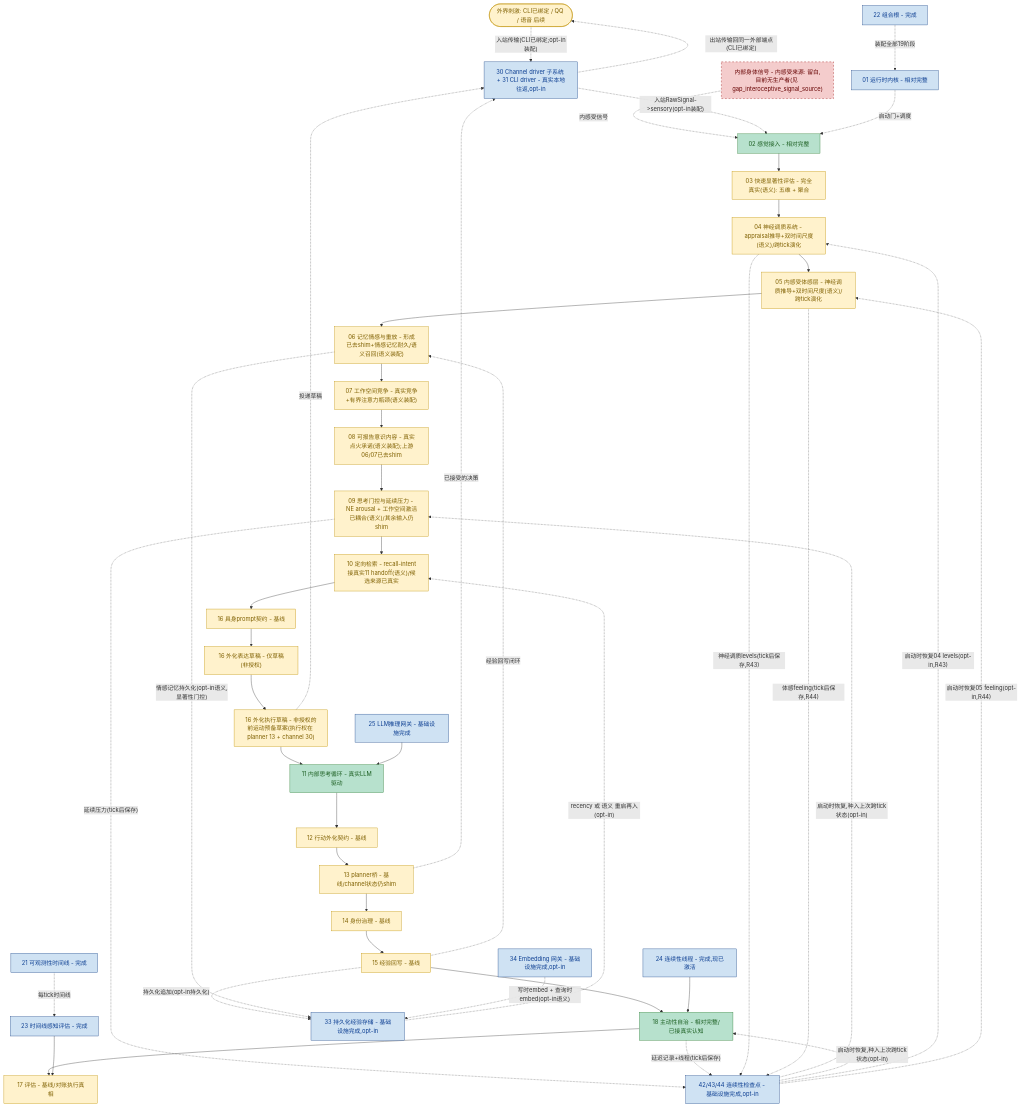
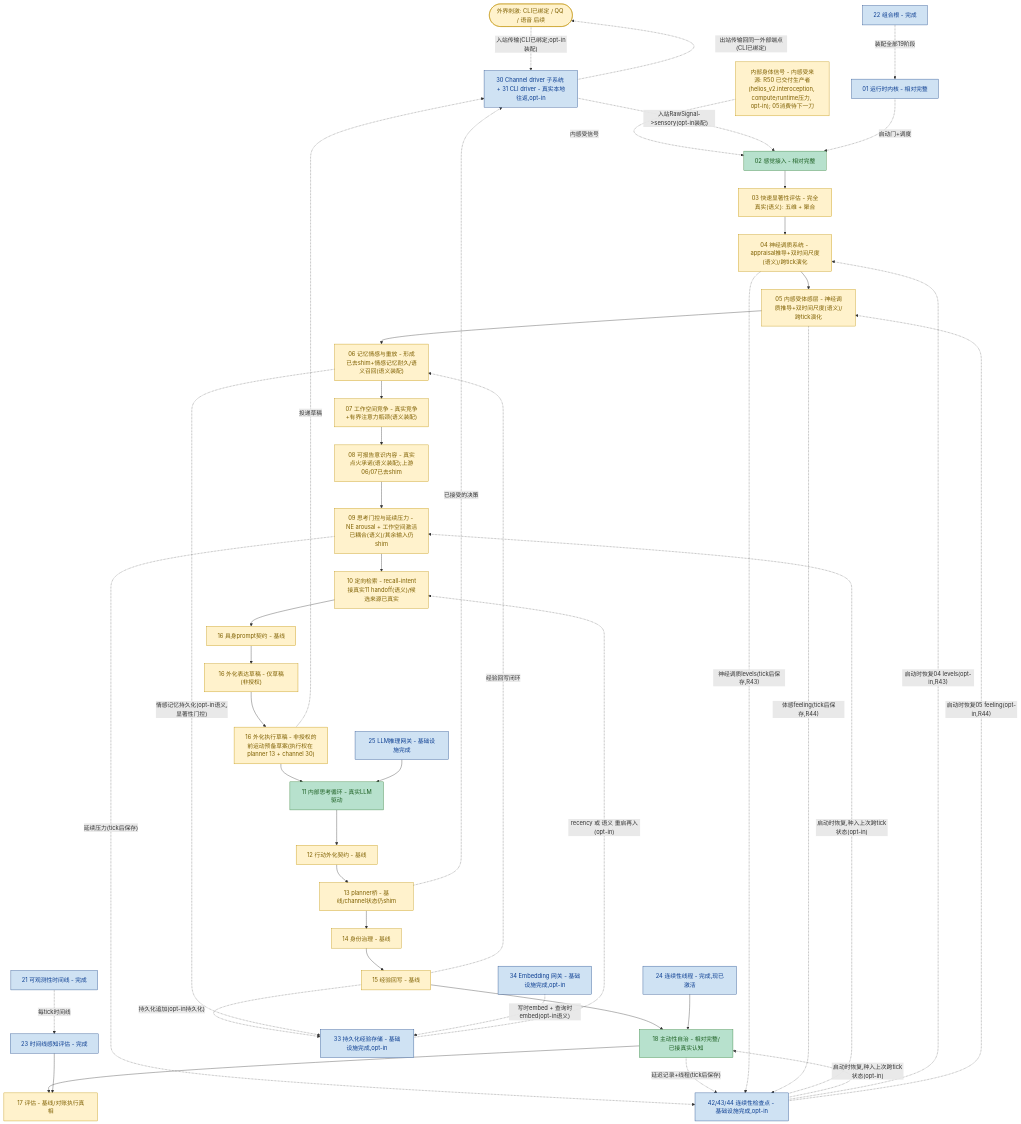
The diagram in helios_v2/docs/PROGRESS_FLOW.zh-CN.md (embalmer-Y/helios), drawn with Mermaid before and after one commit. The commit also changed other lines of this file and 16 other files, not shown here.

````diff
--- a/helios_v2/docs/PROGRESS_FLOW.zh-CN.md
+++ b/helios_v2/docs/PROGRESS_FLOW.zh-CN.md
@@ -35,70 +35,70 @@
 ```mermaid
 flowchart TD
     classDef deep fill:#b7e1cd,stroke:#2e7d32,color:#1b5e20
     classDef base fill:#fff2cc,stroke:#bf9000,color:#7f6000
     classDef infra fill:#cfe2f3,stroke:#1c4587,color:#0b3d91
     classDef gap fill:#f4cccc,stroke:#990000,color:#660000,stroke-dasharray: 5 5
 
     EXT([外界刺激: CLI已绑定 / QQ / 语音 后续]):::base
-    BODY["内部身体信号 - 内感受来源: 留白,目前无生产者(见 gap_interoceptive_signal_source)"]:::gap
+    BODY["内部身体信号 - 内感受来源: R50 已交付生产者(helios_v2.interoception, compute/runtime压力, opt-in); 05消费待下一刀"]:::base
     S02[02 感觉接入 - 相对完整]:::deep
     S03["03 快速显著性评估 - 完全真实(语义): 五维 + 聚合"]:::base
     S04["04 神经调质系统 - appraisal推导+双时间尺度(语义)/跨tick演化"]:::base
     S05["05 内感受体感层 - 神经调质推导+双时间尺度(语义)/跨tick演化"]:::base
     S06["06 记忆情感与重放 - 形成已去shim+情感记忆耐久/语义召回(语义装配)"]:::base
     S07["07 工作空间竞争 - 真实竞争+有界注意力瓶颈(语义装配)"]:::base
     S08["08 可报告意识内容 - 真实点火承诺(语义装配);上游06/07已去shim"]:::base
     S09["09 思考门控与延续压力 - NE arousal + 工作空间激活已耦合(语义)/其余输入仍shim"]:::base
     S10["10 定向检索 - recall-intent接真实11 handoff(语义)/候选来源已真实"]:::base
     S16P[16 具身prompt契约 - 基线]:::base
     S16O["16 外化表达草稿 - 仅草稿(非授权)"]:::base
     S16E["16 外化执行草稿 - 非授权的前运动预备草案(执行权在 planner 13 + channel 30)"]:::base
     S11[11 内部思考循环 - 真实LLM驱动]:::deep
     S12[12 行动外化契约 - 基线]:::base
     S13[13 planner桥 - 基线/channel状态仍shim]:::base
     S14[14 身份治理 - 基线]:::base
     S15[15 经验回写 - 基线]:::base
     S18[18 主动性自治 - 相对完整/已接真实认知]:::deep
     S17[17 评估 - 基线/对账执行真相]:::base
     CH["30 Channel driver 子系统 + 31 CLI driver - 真实本地往返,opt-in"]:::infra
 
     S02 --> S03 --> S04 --> S05 --> S06 --> S07 --> S08 --> S09 --> S10
     S10 --> S16P --> S16O --> S16E --> S11
     S11 --> S12 --> S13 --> S14 --> S15 --> S18 --> S17
     EXT -. 入站传输(CLI已绑定;opt-in装配) .-> CH
     BODY -. 内感受信号 .-> S02
     S13 -. 已接受的决策 .-> CH
     S16E -. 投递草稿 .-> CH
     CH -. 入站RawSignal->sensory(opt-in装配) .-> S02
     CH -. 出站传输回同一外部端点(CLI已绑定) .-> EXT
     S15 -. 经验回写闭环 .-> S06
 
     LLM[25 LLM推理网关 - 基础设施完成]:::infra
     LLM --> S11
 
     K01[01 运行时内核 - 相对完整]:::infra
     OBS[21 可观测性时间线 - 完成]:::infra
     COMP[22 组合根 - 完成]:::infra
     EV23[23 时间线感知评估 - 完成]:::infra
     TH24[24 连续性线程 - 完成,现已激活]:::infra
     PER[33 持久化经验存储 - 基础设施完成,opt-in]:::infra
     EMB[34 Embedding 网关 - 基础设施完成,opt-in]:::infra
     CKPT[42/43/44 连续性检查点 - 基础设施完成,opt-in]:::infra
     K01 -. 启动门+调度 .-> S02
     OBS -. 每tick时间线 .-> EV23
     EV23 --> S17
     TH24 --> S18
     COMP -. 装配全部19阶段 .-> K01
     S15 -. 持久化追加(opt-in持久化) .-> PER
     S06 -. 情感记忆持久化(opt-in语义,显著性门控) .-> PER
     PER -. recency 或 语义 重启再入(opt-in) .-> S10
     EMB -. 写时embed + 查询时embed(opt-in语义) .-> PER
     S09 -. 延续压力(tick后保存) .-> CKPT
     S18 -. 延迟记录+线程(tick后保存) .-> CKPT
     S04 -. 神经调质levels(tick后保存,R43) .-> CKPT
     S05 -. 体感feeling(tick后保存,R44) .-> CKPT
     CKPT -. 启动时恢复,种入上次跨tick状态(opt-in) .-> S09
     CKPT -. 启动时恢复,种入上次跨tick状态(opt-in) .-> S18
     CKPT -. 启动时恢复04 levels(opt-in,R43) .-> S04
     CKPT -. 启动时恢复05 feeling(opt-in,R44) .-> S05
 ```
````
